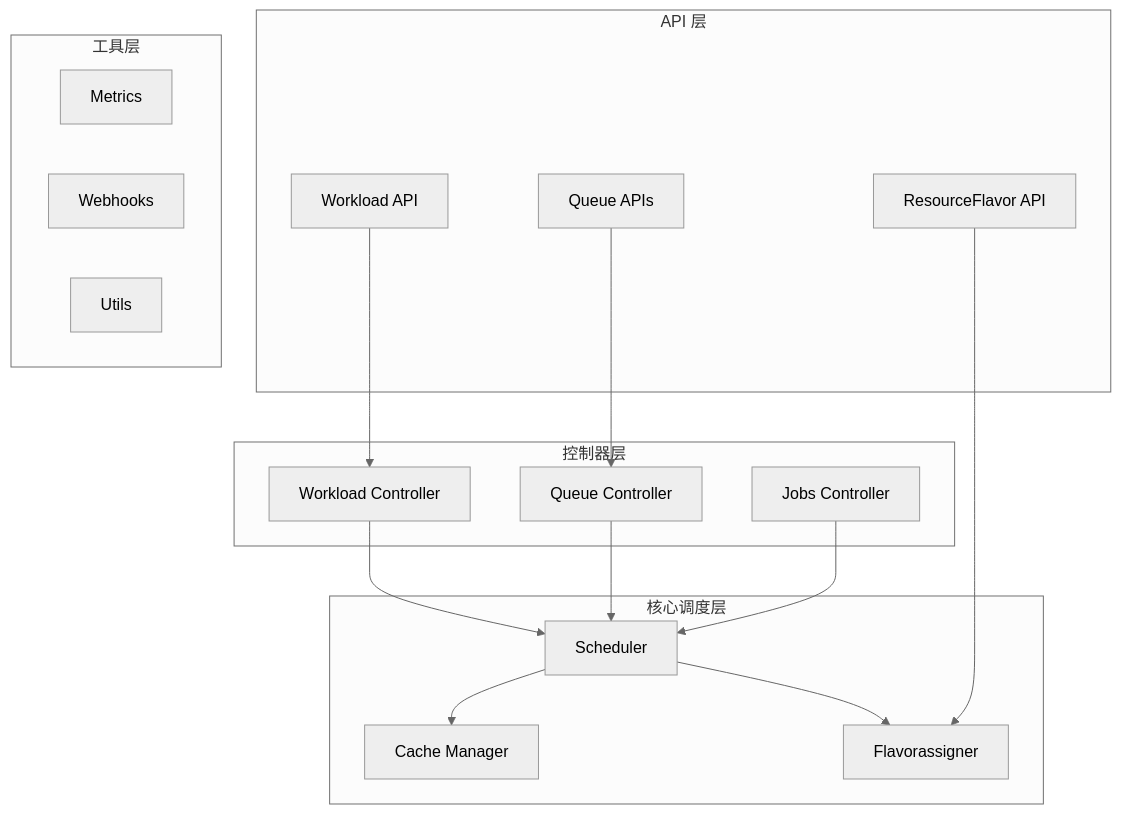
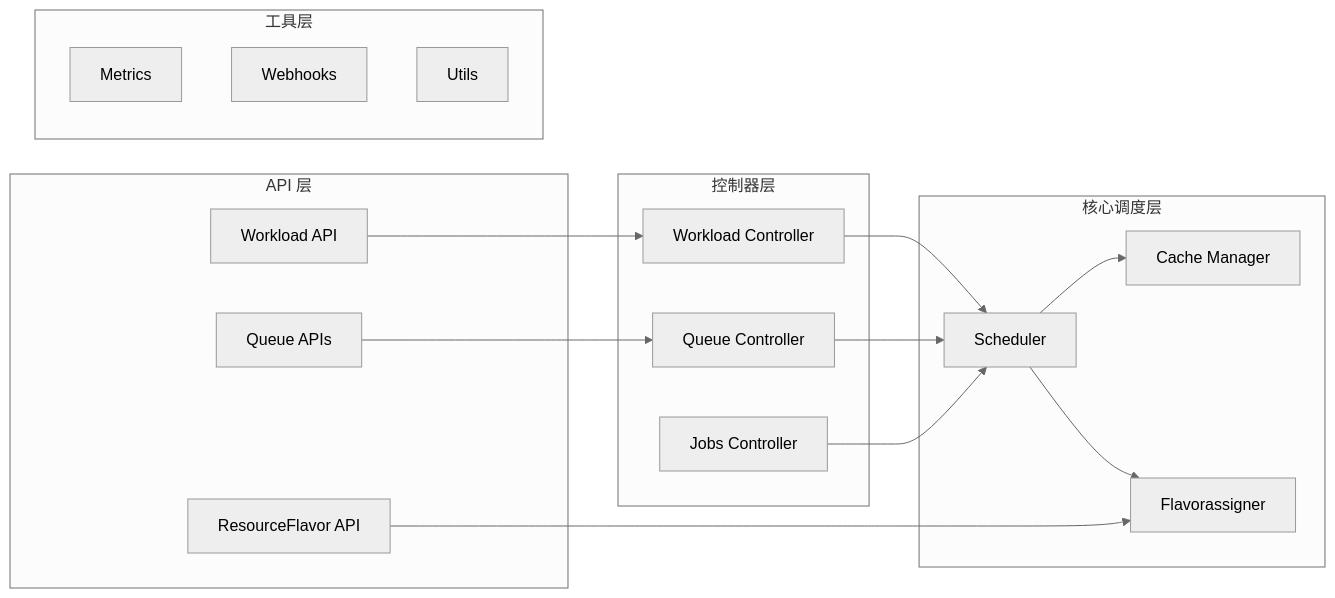
One commit to samzong/slidev-theme-daocloud changed the fifth of 15 diagrams in slides.md. Above: the diagram before and after it, drawn with Mermaid (neutral theme). The commit also changed other lines of this file and 3 other files, not shown here.

````diff
--- a/slides.md
+++ b/slides.md
@@ -886,35 +886,35 @@
 ```mermaid
-graph TB
+graph LR
     subgraph "API 层"
         A[Workload API]
         B[Queue APIs]
         C[ResourceFlavor API]
     end
     
     subgraph "控制器层"
         D[Workload Controller]
         E[Queue Controller]
         F[Jobs Controller]
     end
     
     subgraph "核心调度层"
         G[Scheduler]
         H[Cache Manager]
         I[Flavorassigner]
     end
     
     subgraph "工具层"
         J[Metrics]
         K[Webhooks]
         L[Utils]
     end
     
     A --> D
     B --> E
     C --> I
     D --> G
     E --> G
     F --> G
     G --> H
     G --> I
 ```
````
